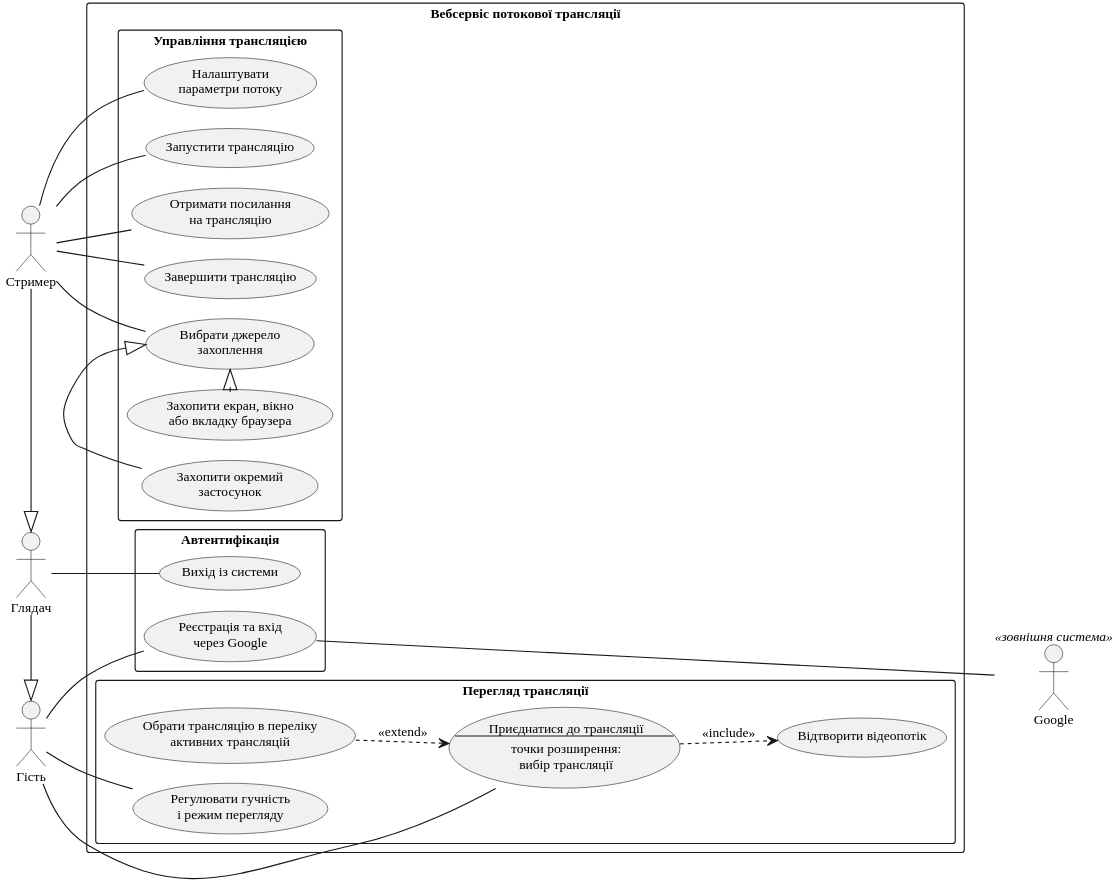
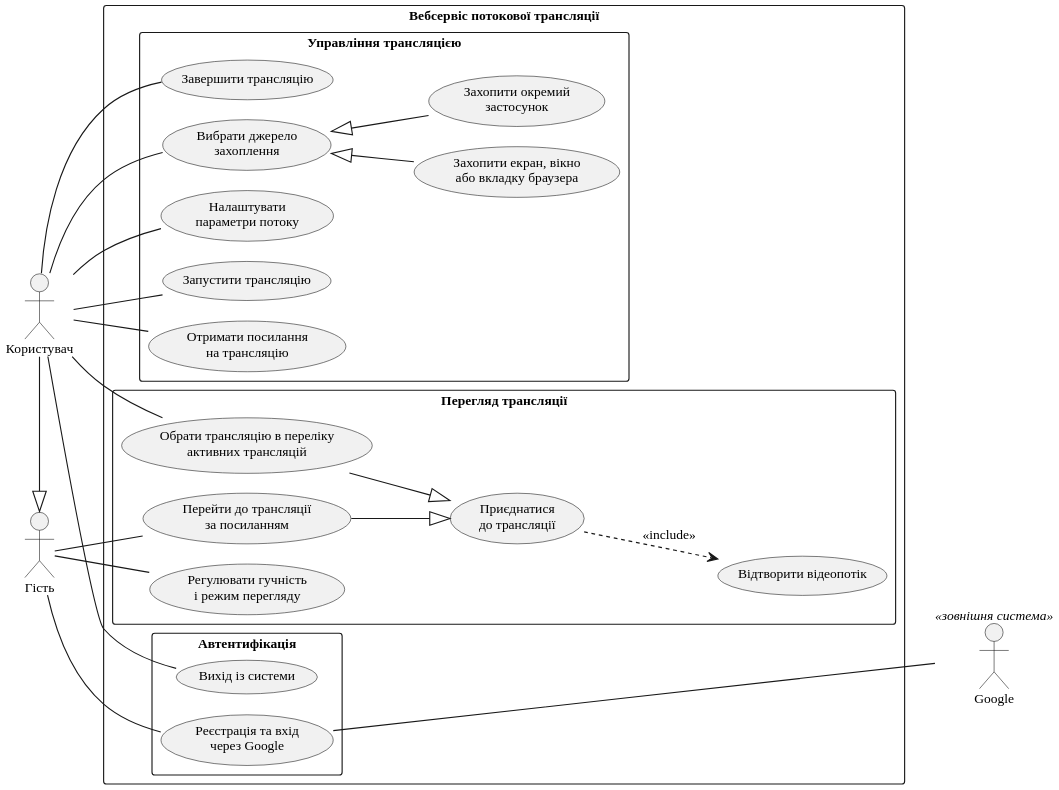
The diagram in thesis/diagrams/fig-use-cases.puml (Nikitos1926/stream-share), drawn with PlantUML before and after one commit. The commit also changed 18 other files, not shown here.

First line of the commit message:
thesis: use-case model with two actors (Гість, Користувач), «Перейти до трансляції за посиланням» restored, 14 scenarios, UCP ≈ 204,2

```diff
--- a/thesis/diagrams/fig-use-cases.puml
+++ b/thesis/diagrams/fig-use-cases.puml
@@ -1,62 +1,60 @@
 @startuml
 !pragma layout smetana
 skinparam defaultFontName "Liberation Serif"
 skinparam dpi 200
 skinparam shadowing false
 skinparam monochrome true
 skinparam defaultFontSize 12
 skinparam packageStyle rectangle
 left to right direction
 
 actor "Гість" as Guest
-actor "Глядач" as Viewer
-actor "Стример" as Streamer
+actor "Користувач" as User
 actor "Google" as Google <<зовнішня система>>
 
-Viewer -|> Guest
-Streamer -|> Viewer
+User -|> Guest
 
 rectangle "Вебсервіс потокової трансляції" {
   package "Управління трансляцією" {
-    usecase "Вибрати джерело\nзахоплення" as UC_Source
     usecase "Захопити окремий\nзастосунок" as UC_App
     usecase "Захопити екран, вікно\nабо вкладку браузера" as UC_Tab
+    usecase "Вибрати джерело\nзахоплення" as UC_Source
     usecase "Налаштувати\nпараметри потоку" as UC_Config
     usecase "Запустити трансляцію" as UC_Start
     usecase "Отримати посилання\nна трансляцію" as UC_GetLink
     usecase "Завершити трансляцію" as UC_Stop
   }
   package "Перегляд трансляції" {
-    usecase UC_Join as "Приєднатися до трансляції
---
-точки розширення:
-вибір трансляції"
+    usecase "Перейти до трансляції\nза посиланням" as UC_ByLink
     usecase "Обрати трансляцію в переліку\nактивних трансляцій" as UC_List
+    usecase "Приєднатися\nдо трансляції" as UC_Join
     usecase "Відтворити відеопотік" as UC_Play
     usecase "Регулювати гучність\nі режим перегляду" as UC_Volume
   }
   package "Автентифікація" {
     usecase "Реєстрація та вхід\nчерез Google" as UC_Google
     usecase "Вихід із системи" as UC_Logout
   }
 }
 
-Streamer -- UC_Source
-Streamer -- UC_Config
-Streamer -- UC_Start
-Streamer -- UC_GetLink
-Streamer -- UC_Stop
-UC_App -|> UC_Source
-UC_Tab -|> UC_Source
+User -- UC_Config
+User -- UC_Start
+User -- UC_GetLink
+User -- UC_Stop
+User -- UC_Source
+UC_Source <|-- UC_App
+UC_Source <|-- UC_Tab
 
-Guest -- UC_Join
+Guest -- UC_ByLink
+User -- UC_List
+UC_ByLink --|> UC_Join
+UC_List --|> UC_Join
+UC_Join ..> UC_Play : <<include>>
 Guest -- UC_Volume
-UC_List ..> UC_Join : <<extend>>
-UC_Join ..> UC_Play : <<include>>
 
 Guest -- UC_Google
 UC_Google -- Google
 ' layout only: keeps Google on the right
 UC_Play -[hidden]- Google
-Viewer -- UC_Logout
+User -- UC_Logout
 @enduml
```
